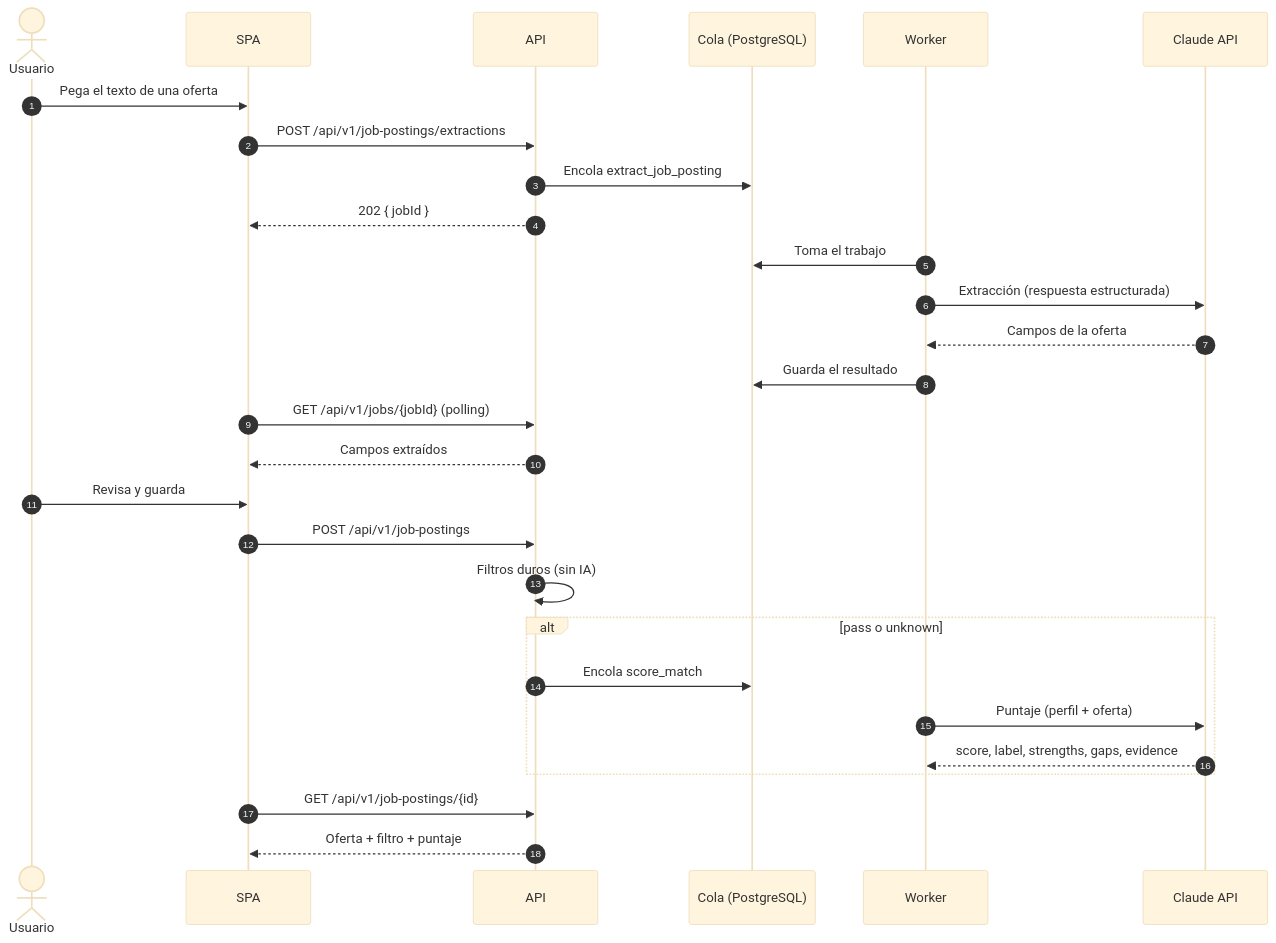
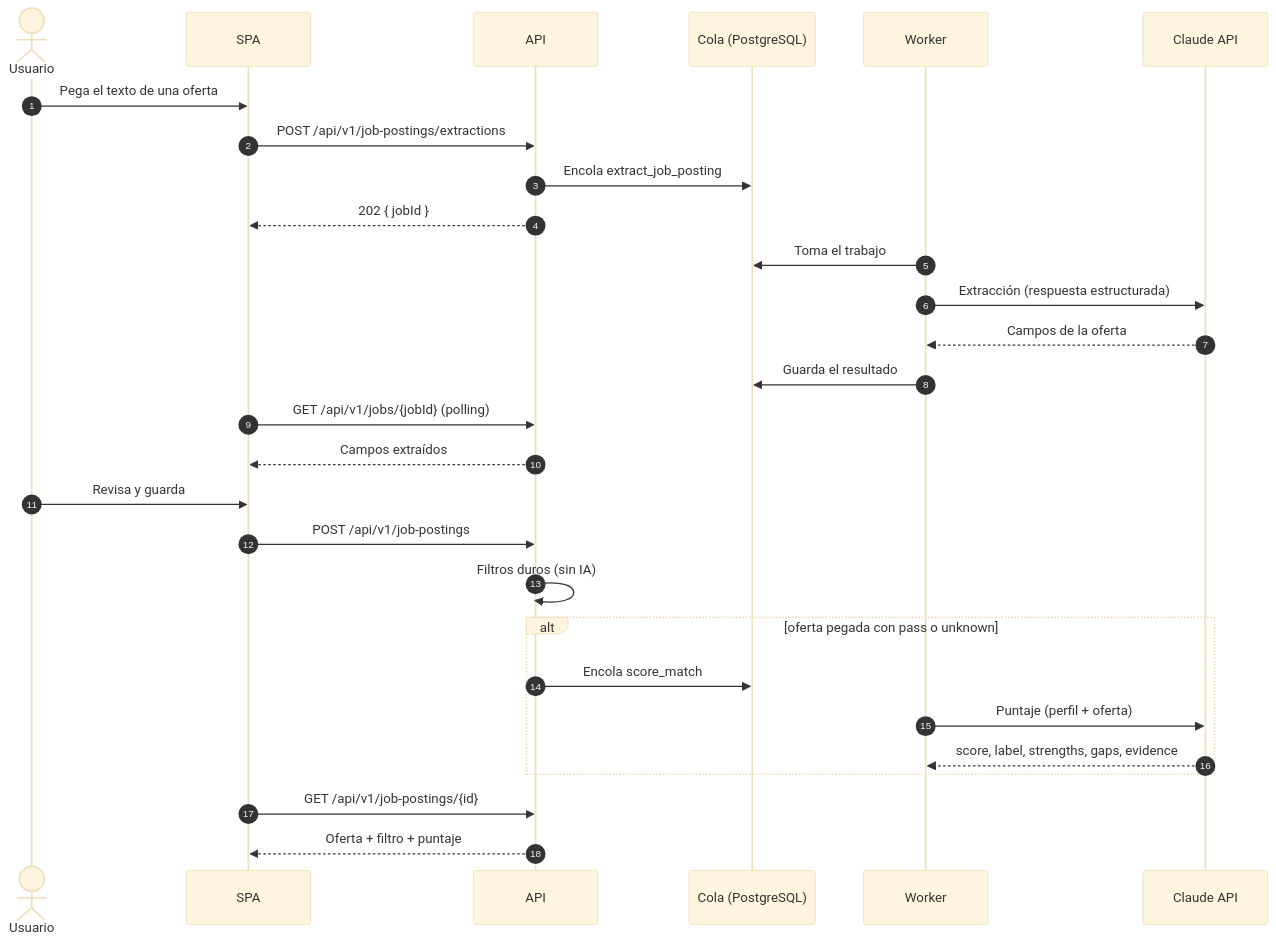
One commit to LIDR-academy-temp/AI4Devs-finalproject changed the second of 4 diagrams in docs/architecture.md. Above: the diagram before and after it, drawn with Mermaid (base theme). The commit also changed other lines of this file and 18 other files, not shown here.

````diff
--- a/docs/architecture.md
+++ b/docs/architecture.md
@@ -81,31 +83,31 @@
 ```mermaid
 sequenceDiagram
     autonumber
     actor U as Usuario
     participant W as SPA
     participant A as API
     participant Q as Cola (PostgreSQL)
     participant K as Worker
     participant C as Claude API
 
     U->>W: Pega el texto de una oferta
     W->>A: POST /api/v1/job-postings/extractions
     A->>Q: Encola extract_job_posting
     A-->>W: 202 { jobId }
     K->>Q: Toma el trabajo
     K->>C: Extracción (respuesta estructurada)
     C-->>K: Campos de la oferta
     K->>Q: Guarda el resultado
     W->>A: GET /api/v1/jobs/{jobId} (polling)
     A-->>W: Campos extraídos
     U->>W: Revisa y guarda
     W->>A: POST /api/v1/job-postings
     A->>A: Filtros duros (sin IA)
-    alt pass o unknown
+    alt oferta pegada con pass o unknown
         A->>Q: Encola score_match
         K->>C: Puntaje (perfil + oferta)
         C-->>K: score, label, strengths, gaps, evidence
     end
     W->>A: GET /api/v1/job-postings/{id}
     A-->>W: Oferta + filtro + puntaje
 ```
````
